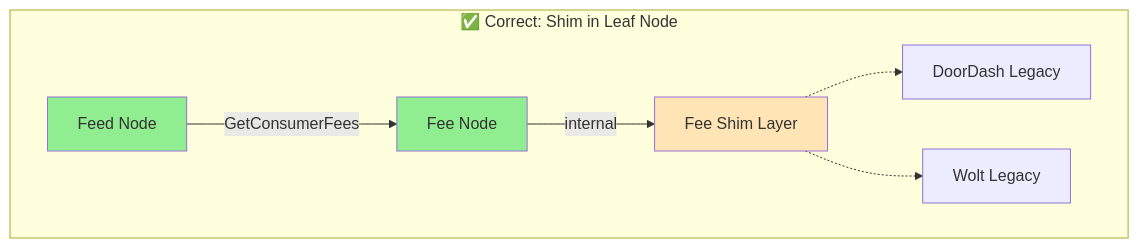
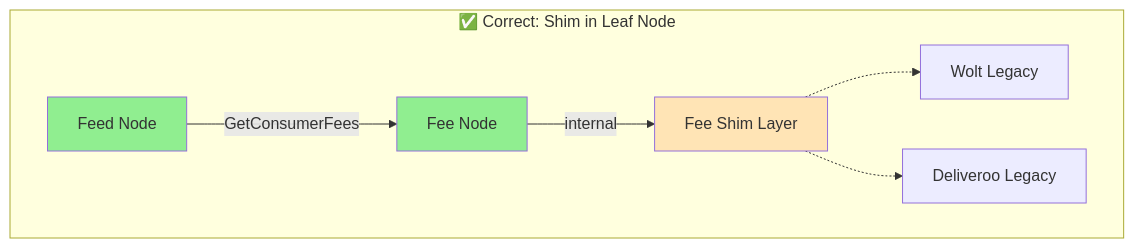
Before and after one commit to zhengli-sun/docs: the second of 4 diagrams in shim/shim-design-principles.md, drawn with Mermaid. The commit also changed other lines of this file, not shown here.

````diff
--- a/shim/shim-design-principles.md
+++ b/shim/shim-design-principles.md
@@ -58,13 +58,13 @@
 ```mermaid
 flowchart TB
     subgraph "✅ Correct: Shim in Leaf Node"
         F2[Feed Node] -->|GetConsumerFees| FEE[Fee Node]
         FEE -->|internal| SHIM[Fee Shim Layer]
-        SHIM -.-> DD2[DoorDash Legacy]
         SHIM -.-> W2[Wolt Legacy]
+        SHIM -.-> D2[Deliveroo Legacy]
         
         style F2 fill:#90EE90
         style FEE fill:#90EE90
         style SHIM fill:#FFE4B5
     end
 ```
````
